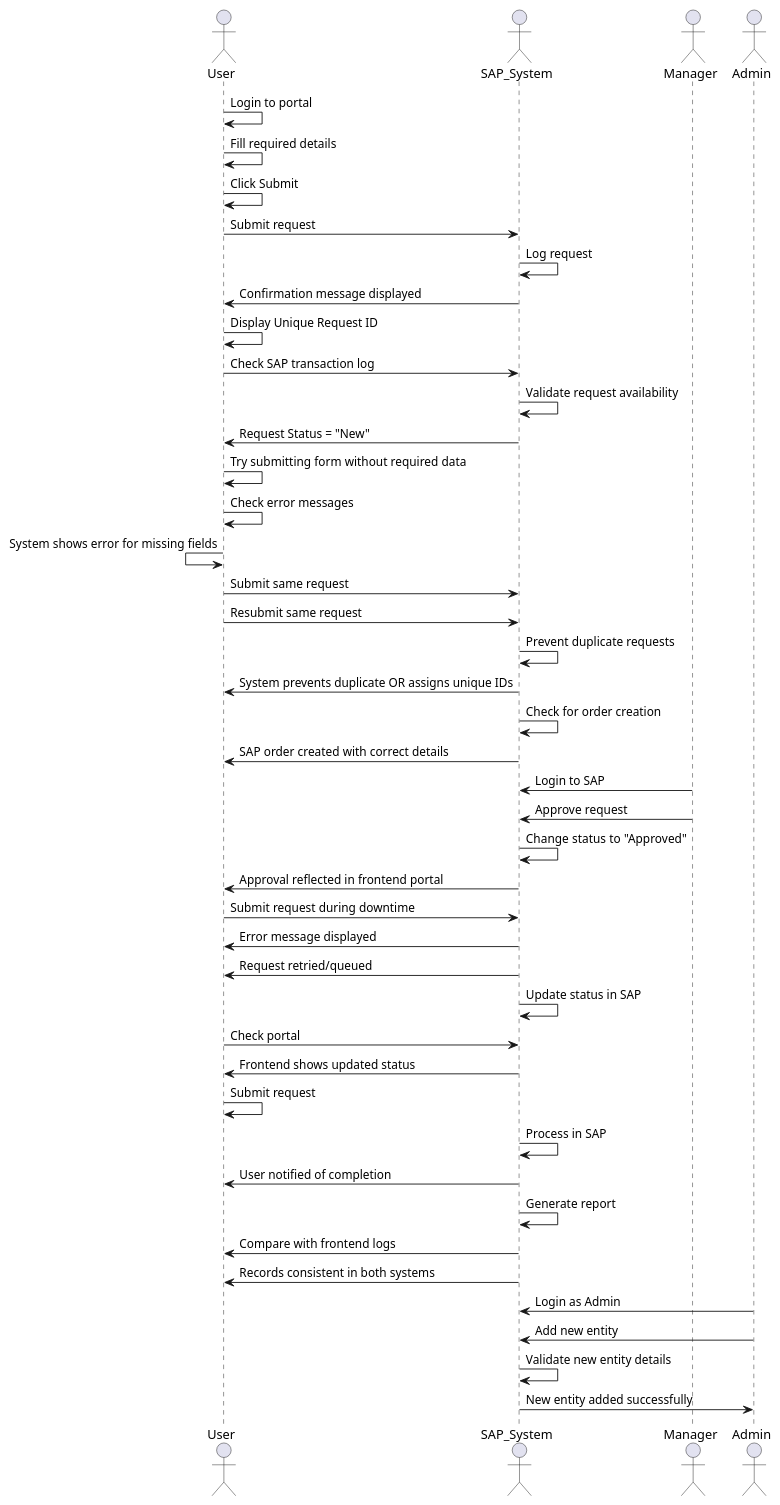
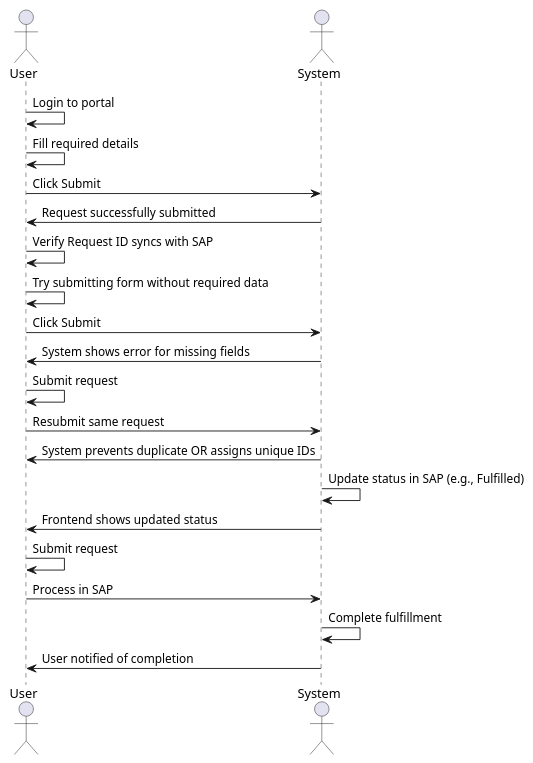
Before and after one commit to aniket-017/PlantUml: the diagram in plantuml2/static/e2e_test_diagram.puml, drawn with PlantUML. The commit also changed 23 other files, not shown here.

```diff
--- a/plantuml2/static/e2e_test_diagram.puml
+++ b/plantuml2/static/e2e_test_diagram.puml
@@ -1,56 +1,26 @@
 @startuml
 actor User
-actor SAP_System
-actor Manager
-actor Admin
+actor System
 
-User -> User: Login to portal
-User -> User: Fill required details
-User -> User: Click Submit
-User -> SAP_System: Submit request
-SAP_System -> SAP_System: Log request
-User <- SAP_System: Confirmation message displayed
-User -> User: Display Unique Request ID 
+User -> User : Login to portal
+User -> User : Fill required details
+User -> System : Click Submit
+System -> User : Request successfully submitted
+User -> User : Verify Request ID syncs with SAP
 
-User -> SAP_System: Check SAP transaction log
-SAP_System -> SAP_System: Validate request availability
-User <- SAP_System: Request Status = "New"
+User -> User : Try submitting form without required data
+User -> System : Click Submit
+System -> User : System shows error for missing fields
 
-User -> User: Try submitting form without required data
-User -> User: Check error messages
-User <- User: System shows error for missing fields
+User -> User : Submit request
+User -> System : Resubmit same request
+System -> User : System prevents duplicate OR assigns unique IDs
 
-User -> SAP_System: Submit same request
-User -> SAP_System: Resubmit same request
-SAP_System -> SAP_System: Prevent duplicate requests
-User <- SAP_System: System prevents duplicate OR assigns unique IDs
+System -> System : Update status in SAP (e.g., Fulfilled)
+System -> User : Frontend shows updated status
 
-SAP_System -> SAP_System: Check for order creation
-User <- SAP_System: SAP order created with correct details
-
-Manager -> SAP_System: Login to SAP
-Manager -> SAP_System: Approve request
-SAP_System -> SAP_System: Change status to "Approved"
-User <- SAP_System: Approval reflected in frontend portal
-
-User -> SAP_System: Submit request during downtime
-SAP_System -> User: Error message displayed
-User <- SAP_System: Request retried/queued 
-
-SAP_System -> SAP_System: Update status in SAP
-User -> SAP_System: Check portal
-SAP_System -> User: Frontend shows updated status
-
-User -> User: Submit request
-SAP_System -> SAP_System: Process in SAP
-SAP_System -> User: User notified of completion
-
-SAP_System -> SAP_System: Generate report
-SAP_System -> User: Compare with frontend logs
-User <- SAP_System: Records consistent in both systems
-
-Admin -> SAP_System: Login as Admin
-Admin -> SAP_System: Add new entity
-SAP_System -> SAP_System: Validate new entity details
-Admin <- SAP_System: New entity added successfully
+User -> User : Submit request
+User -> System : Process in SAP
+System -> System : Complete fulfillment
+System -> User : User notified of completion
 @enduml
```
